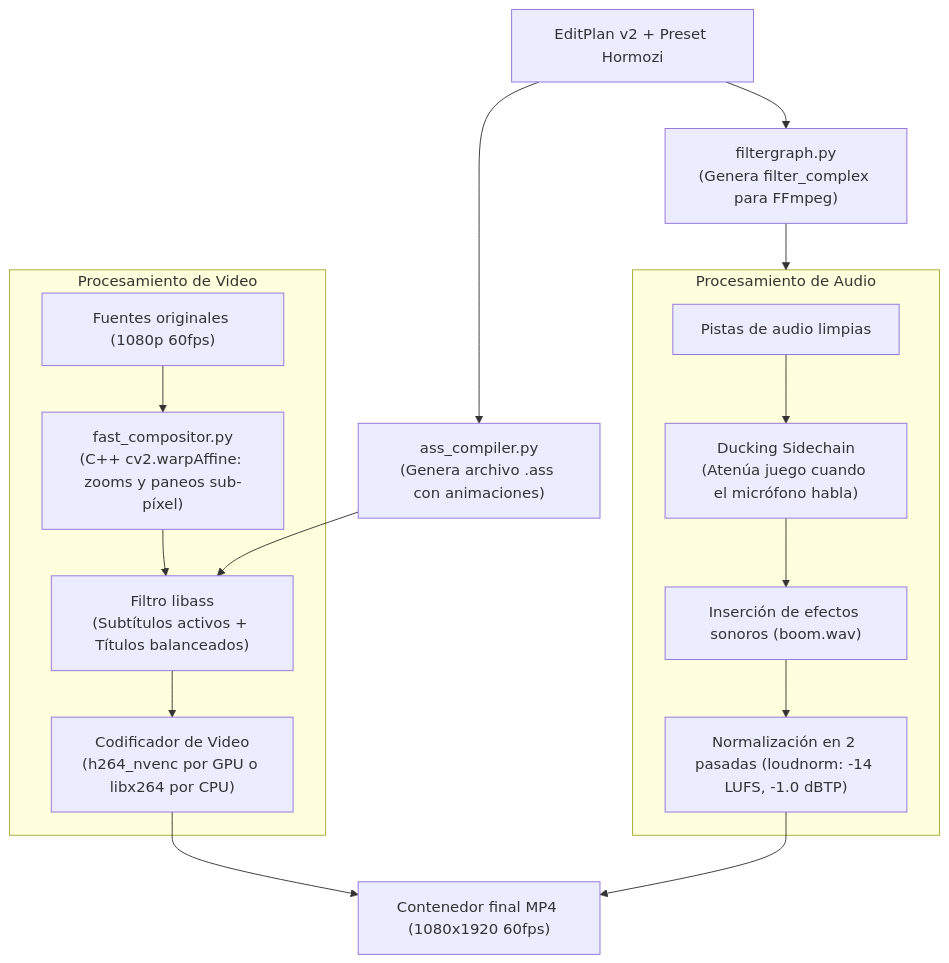
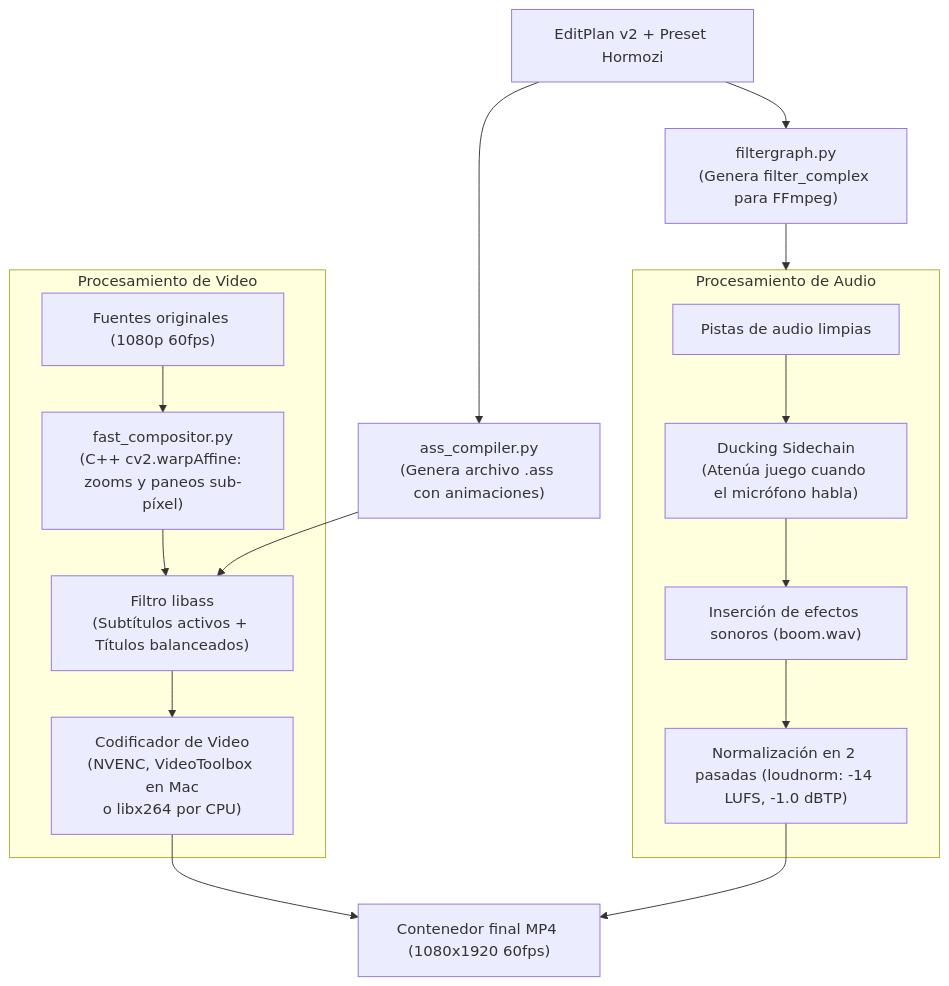
Before and after one commit to SebzSGC/Content-Projects: the diagram in FarmClips/vault/20 - Arquitectura/Componentes/Motor de Renderizado y Subtítulos.md, drawn with Mermaid. The commit also changed other lines of this file and 13 other files, not shown here.

````diff
--- a/FarmClips/vault/20 - Arquitectura/Componentes/Motor de Renderizado y Subtítulos.md
+++ b/FarmClips/vault/20 - Arquitectura/Componentes/Motor de Renderizado y Subtítulos.md
@@ -20,22 +20,22 @@
 ```mermaid
 flowchart TD
     EP["EditPlan v2 + Preset Hormozi"] --> AC["ass_compiler.py<br/>(Genera archivo .ass con animaciones)"]
     EP --> FG["filtergraph.py<br/>(Genera filter_complex para FFmpeg)"]
     
     subgraph VideoEngine["Procesamiento de Video"]
         V_IN["Fuentes originales (1080p 60fps)"] --> WARP["fast_compositor.py<br/>(C++ cv2.warpAffine: zooms y paneos sub-píxel)"]
         WARP --> SUB["Filtro libass<br/>(Subtítulos activos + Títulos balanceados)"]
-        SUB --> ENC["Codificador de Video<br/>(h264_nvenc por GPU o libx264 por CPU)"]
+        SUB --> ENC["Codificador de Video<br/>(NVENC, VideoToolbox en Mac<br/>o libx264 por CPU)"]
     end
 
     subgraph AudioEngine["Procesamiento de Audio"]
         A_IN["Pistas de audio limpias"] --> DUCK["Ducking Sidechain<br/>(Atenúa juego cuando el micrófono habla)"]
         DUCK --> SFX["Inserción de efectos sonoros (boom.wav)"]
         SFX --> LOUD["Normalización en 2 pasadas (loudnorm: -14 LUFS, -1.0 dBTP)"]
     end
 
     AC --> SUB
     FG --> AudioEngine
     ENC --> MUX["Contenedor final MP4 (1080x1920 60fps)"]
     LOUD --> MUX
 ```
````
